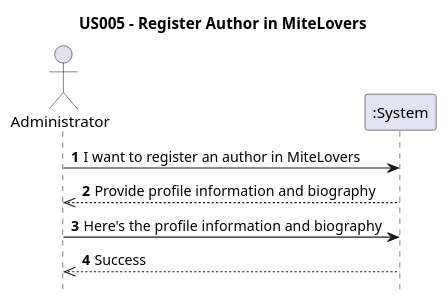
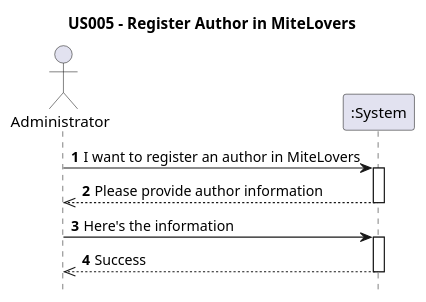
One commit to AndrePereiraGitH/SWitCH-Project-Team_A changed the diagram in Diagrams/SequenceDiagrams/N1/US005-to-register-an-author-in-the-miteLovers.puml. Above: the diagram before and after it, drawn with PlantUML. The commit also changed 2 other files, not shown here.

```diff
--- a/Diagrams/SequenceDiagrams/N1/US005-to-register-an-author-in-the-miteLovers.puml
+++ b/Diagrams/SequenceDiagrams/N1/US005-to-register-an-author-in-the-miteLovers.puml
@@ -1,14 +1,18 @@
 @startuml
 hide footbox
 title US005 - Register Author in MiteLovers
 autoNumber
 actor Administrator
 participant ":System" as System
 
 Administrator -> System :  I want to register an author in MiteLovers
-System -->> Administrator :  Provide profile information and biography
-Administrator -> System :  Here's the profile information and biography
+activate System
+System -->> Administrator :  Please provide author information
+deactivate System
+
+Administrator -> System :  Here's the information
+activate System
 
 System -->> Administrator :  Success
-
+deactivate System
 @enduml
```
